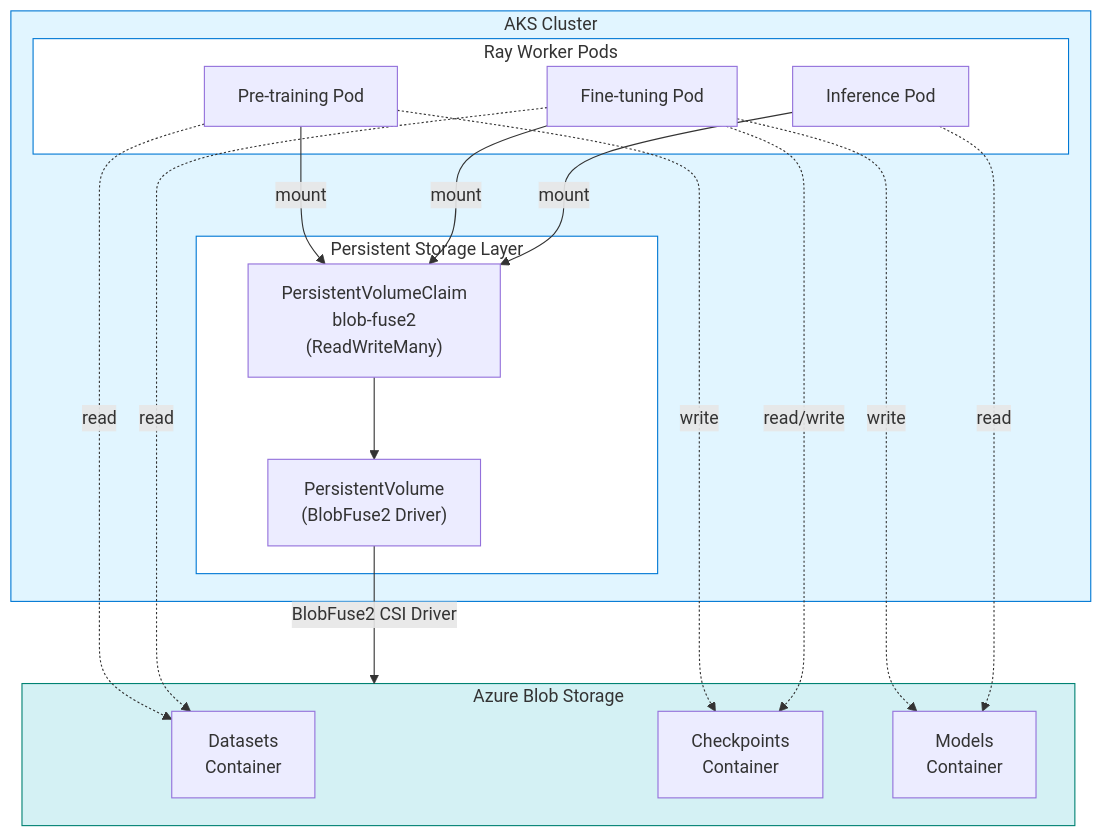
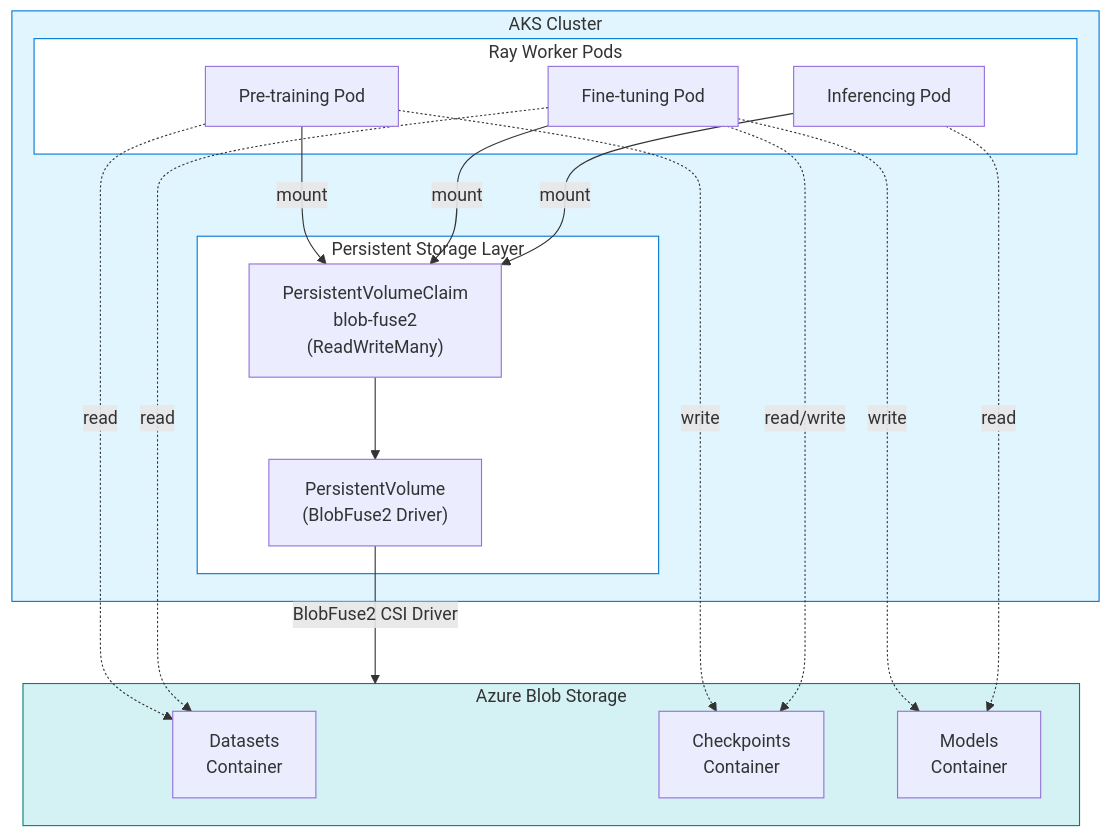
Before and after one commit to Azure/AKS: the diagram in website/blog/2026-02-13-scaling-ray-aks/cluster-storage.mmd, drawn with Mermaid. The commit also changed 2 other files, not shown here.

```diff
--- a/website/blog/2026-02-13-scaling-ray-aks/cluster-storage.mmd
+++ b/website/blog/2026-02-13-scaling-ray-aks/cluster-storage.mmd
@@ -1,40 +1,40 @@
 graph TB
     subgraph AKS["AKS Cluster"]
         subgraph RayWorkers["Ray Worker Pods"]
             PreTrain["Pre-training Pod"]
             FineTune["Fine-tuning Pod"]
-            Inference["Inference Pod"]
+            Inference["Inferencing Pod"]
         end
 
         subgraph Storage["Persistent Storage Layer"]
             PVC["PersistentVolumeClaim<br/>blob-fuse2<br/>(ReadWriteMany)"]
             PV["PersistentVolume<br/>(BlobFuse2 Driver)"]
         end
 
         PreTrain -->|mount| PVC
         FineTune -->|mount| PVC
         Inference -->|mount| PVC
         PVC --> PV
     end
 
     subgraph Azure["Azure Blob Storage"]
         Datasets["Datasets<br/>Container"]
         Checkpoints["Checkpoints<br/>Container"]
         Models["Models<br/>Container"]
     end
 
     PV -->|BlobFuse2 CSI Driver| Azure
 
     PreTrain -.->|read| Datasets
     PreTrain -.->|write| Checkpoints
 
     FineTune -.->|read| Datasets
     FineTune -.->|read/write| Checkpoints
     FineTune -.->|write| Models
 
     Inference -.->|read| Models
 
     style AKS fill:#e1f5ff,stroke:#0078d4
     style RayWorkers fill:#fff,stroke:#0078d4
     style Storage fill:#fff,stroke:#0078d4
     style Azure fill:#d4f1f4,stroke:#008272
```
